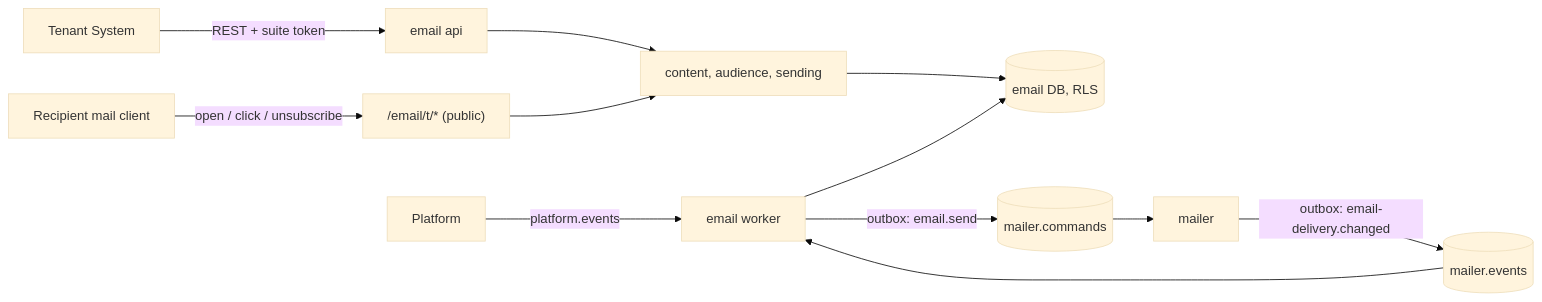
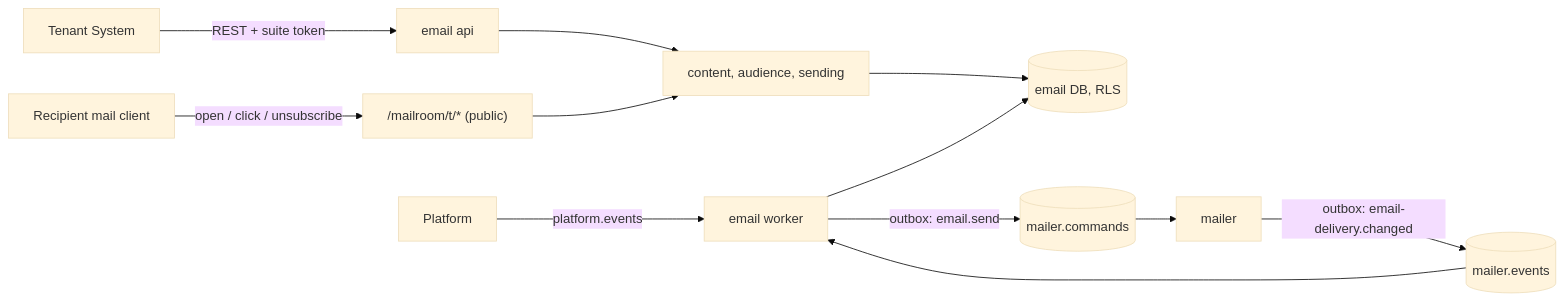
One commit to ninggiangboy/tenancykit changed the diagram in plans/261115-1849-email-app/plan.md. Above: the diagram before and after it, drawn with Mermaid (base theme). The commit also changed other lines of this file and 11 other files, not shown here.

First line of the commit message:
docs(plans): point the remaining email-app phases at mailroom

````diff
--- a/plans/261115-1849-email-app/plan.md
+++ b/plans/261115-1849-email-app/plan.md
@@ -93,14 +93,14 @@
 ```mermaid
 flowchart LR
   TS[Tenant System] -- "REST + suite token" --> API[email api]
-  R[Recipient mail client] -- "open / click / unsubscribe" --> PUB["/email/t/* (public)"]
+  R[Recipient mail client] -- "open / click / unsubscribe" --> PUB["/mailroom/t/* (public)"]
   API --> CORE[content, audience, sending]
   PUB --> CORE
   CORE --> DB[(email DB, RLS)]
   W[email worker] --> DB
   W -- "outbox: email.send" --> MC[(mailer.commands)]
   MC --> M[mailer]
   M -- "outbox: email-delivery.changed" --> ME[(mailer.events)]
   ME --> W
   PL[Platform] -- "platform.events" --> W
 ```
````
